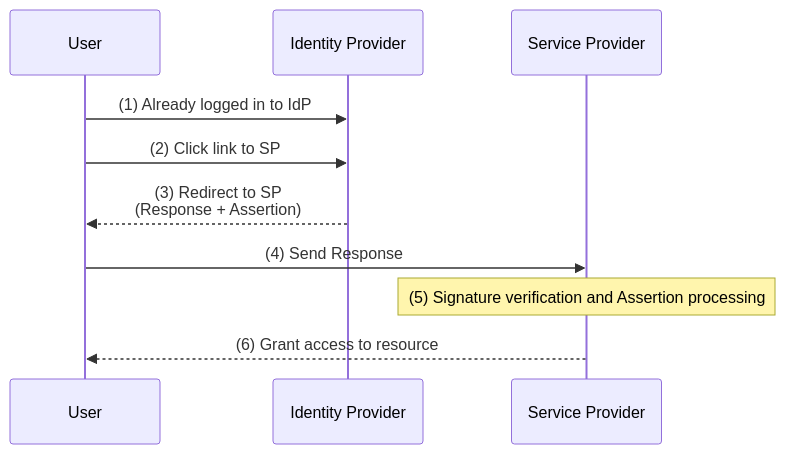
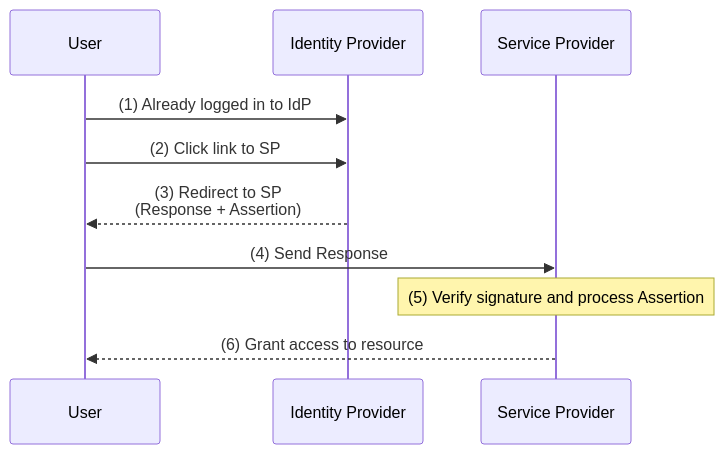
One commit to bmf-san/bmf-tech changed the third of 4 diagrams in content/en/posts/saml-2-0-spec-summary.md. Above: the diagram before and after it, drawn with Mermaid. The commit also changed other lines of this file and 425 other files, not shown here.

````diff
--- a/content/en/posts/saml-2-0-spec-summary.md
+++ b/content/en/posts/saml-2-0-spec-summary.md
@@ -287,13 +287,13 @@
 ```mermaid
 sequenceDiagram
     participant U as User
     participant IdP as Identity Provider
     participant SP as Service Provider
 
     U->>IdP: (1) Already logged in to IdP
     U->>IdP: (2) Click link to SP
     IdP-->>U: (3) Redirect to SP<br/>(Response + Assertion)
     U->>SP: (4) Send Response
-    Note over SP: (5) Signature verification and Assertion processing
+    Note over SP: (5) Verify signature and process Assertion
     SP-->>U: (6) Grant access to resource
 ```
````
